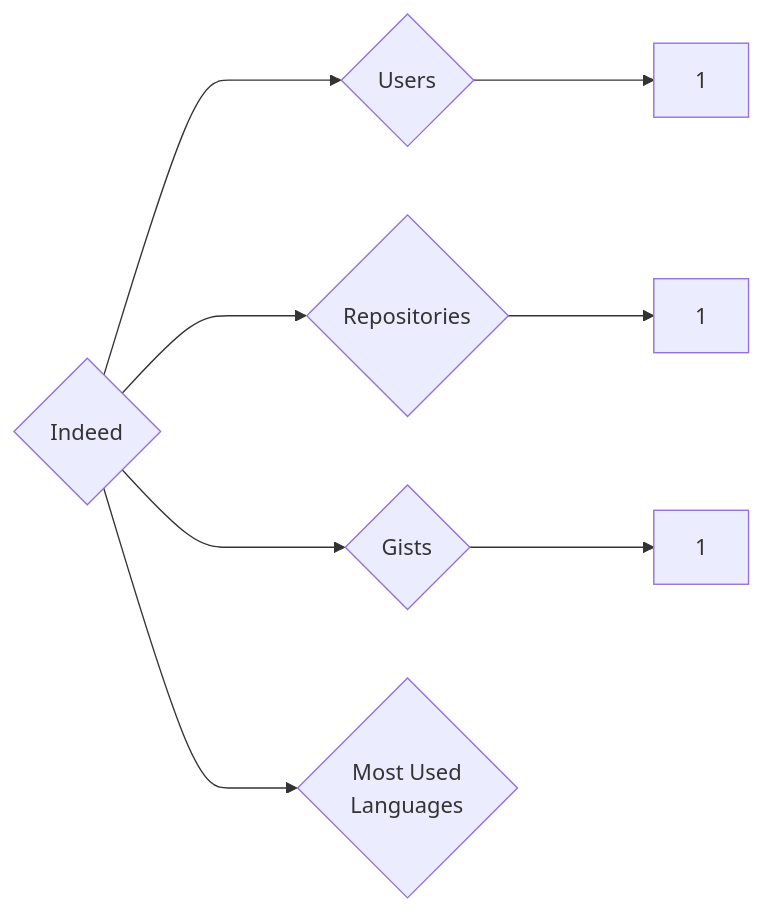
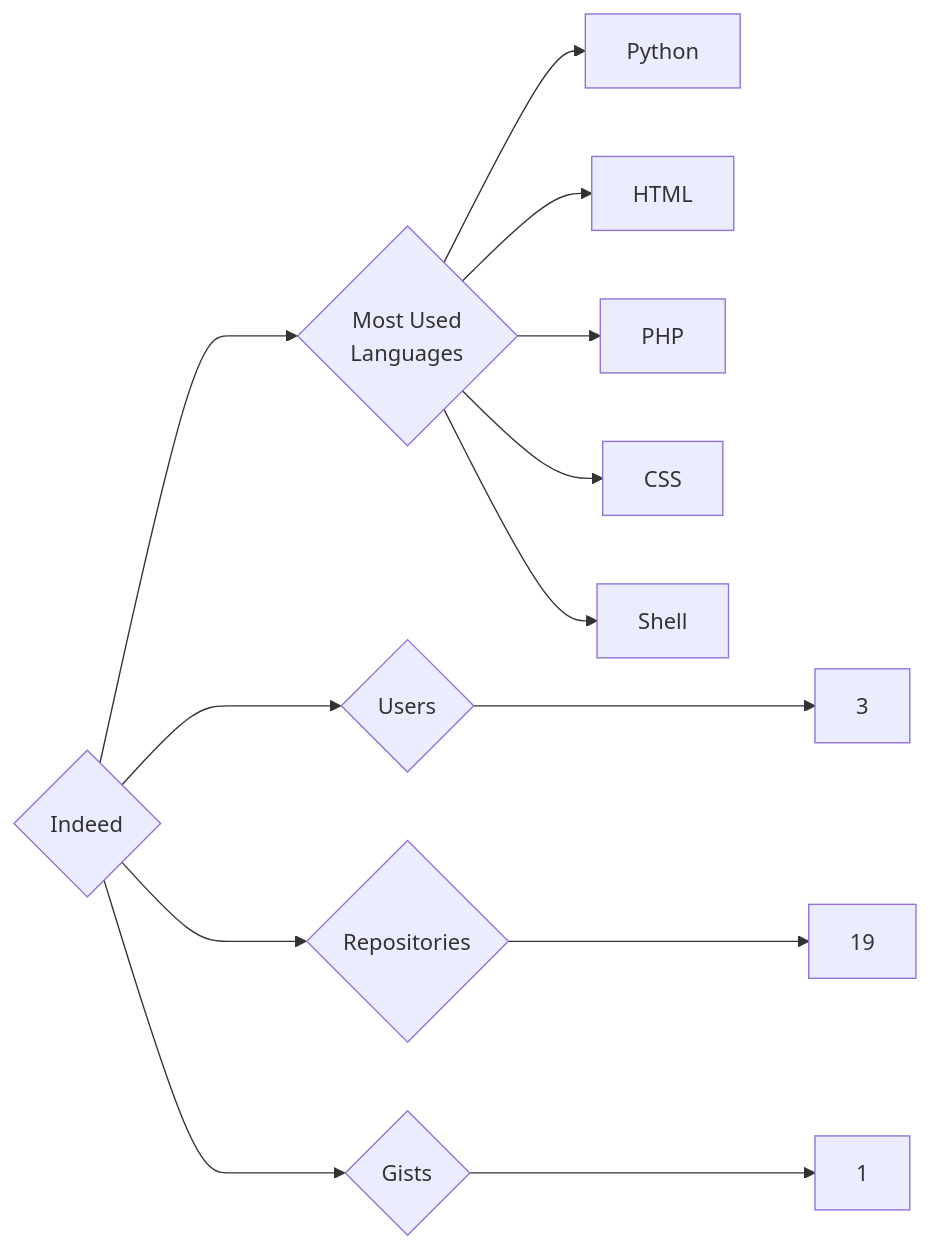
Before and after one commit to trickest/insiders: the diagram in targets/Indeed/README.md, drawn with Mermaid. The commit also changed 865 other files, not shown here.

````diff
--- a/targets/Indeed/README.md
+++ b/targets/Indeed/README.md
@@ -3,8 +3,13 @@
 ```mermaid
 graph LR
 COMPANY_NAME{Indeed}
-COMPANY_NAME ---> U{Users} ---> UN[1]
-COMPANY_NAME ---> R{Repositories} ---> RN[1]
+COMPANY_NAME ---> U{Users} ---> UN[3]
+COMPANY_NAME ---> R{Repositories} ---> RN[19]
 COMPANY_NAME ---> G{Gists} ---> GN[1]
 COMPANY_NAME ---> ML{Most Used<br>Languages}
+ML --> Python[Python]
+ML --> HTML[HTML]
+ML --> PHP[PHP]
+ML --> CSS[CSS]
+ML --> Shell[Shell]
 ```
````
